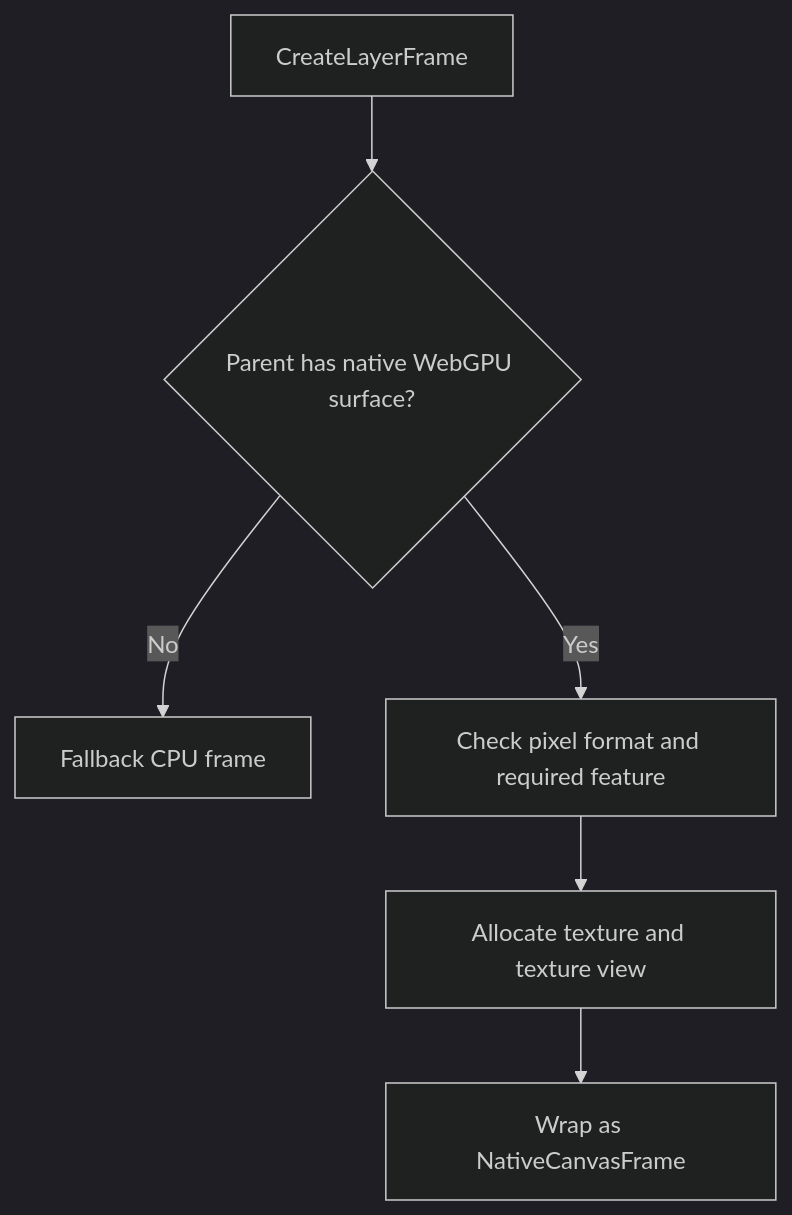
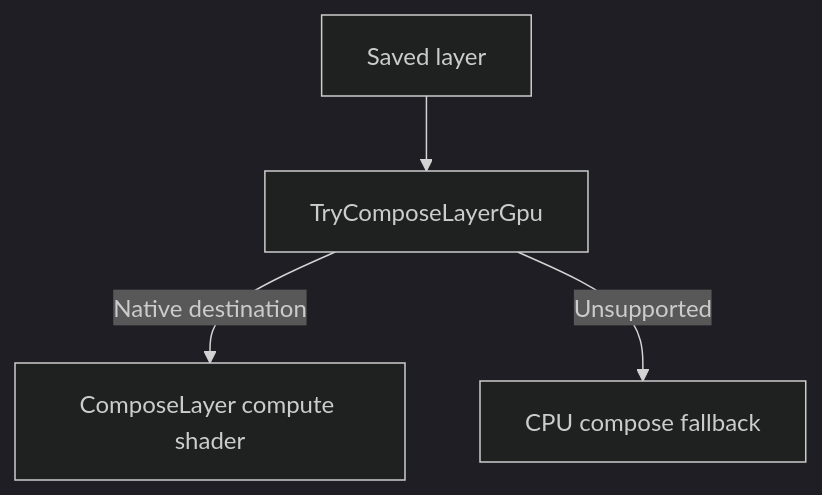
Before and after one commit to SixLabors/ImageSharp.Drawing: the sixth of 6 diagrams in src/ImageSharp.Drawing.WebGPU/WEBGPU_BACKEND_PROCESS.md, drawn with Mermaid (dark theme). The commit also changed other lines of this file and 35 other files, not shown here.

Commit message:
Add docs and helpers for WebGPU shaders & backend

````diff
--- a/src/ImageSharp.Drawing.WebGPU/WEBGPU_BACKEND_PROCESS.md
+++ b/src/ImageSharp.Drawing.WebGPU/WEBGPU_BACKEND_PROCESS.md
@@ -100,8 +274,6 @@
 ```mermaid
 flowchart TD
-    A[CreateLayerFrame] --> B{Parent has native WebGPU surface?}
-    B -->|No| C[Fallback CPU frame]
-    B -->|Yes| D[Check pixel format and required feature]
-    D --> E[Allocate texture and texture view]
-    E --> F[Wrap as NativeCanvasFrame]
+    A[Saved layer] --> B[TryComposeLayerGpu]
+    B -->|Native destination| C[ComposeLayer compute shader]
+    B -->|Unsupported| D[CPU compose fallback]
 ```
````
